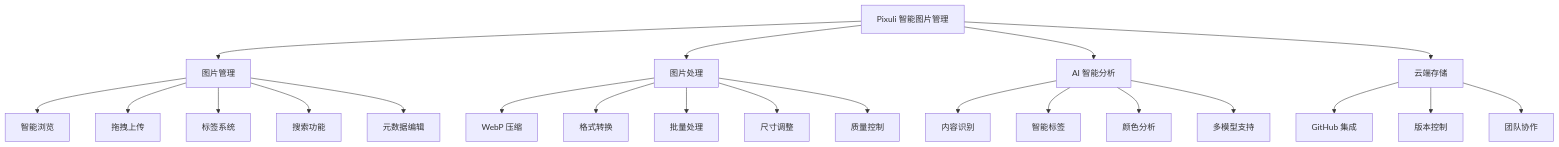
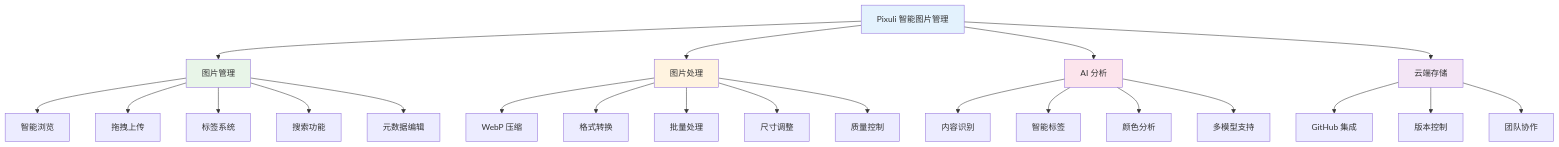
Before and after one commit to trueLoving/Pixuli: the first of 2 diagrams in README.md, drawn with Mermaid. The commit also changed other lines of this file, not shown here.

First line of the commit message:
README.md 添加 Mermaid 图表：主要功能和技术架构可视化

````diff
--- a/README.md
+++ b/README.md
@@ -30,28 +32,34 @@
 ```mermaid
 graph TB
     A[Pixuli 智能图片管理] --> B[图片管理]
     A --> C[图片处理]
-    A --> D[AI 智能分析]
+    A --> D[AI 分析]
     A --> E[云端存储]
     
     B --> B1[智能浏览]
     B --> B2[拖拽上传]
     B --> B3[标签系统]
     B --> B4[搜索功能]
     B --> B5[元数据编辑]
     
     C --> C1[WebP 压缩]
     C --> C2[格式转换]
     C --> C3[批量处理]
     C --> C4[尺寸调整]
     C --> C5[质量控制]
     
     D --> D1[内容识别]
     D --> D2[智能标签]
     D --> D3[颜色分析]
     D --> D4[多模型支持]
     
     E --> E1[GitHub 集成]
     E --> E2[版本控制]
     E --> E3[团队协作]
+    
+    style A fill:#e3f2fd
+    style B fill:#e8f5e8
+    style C fill:#fff3e0
+    style D fill:#fce4ec
+    style E fill:#f3e5f5
 ```
````
